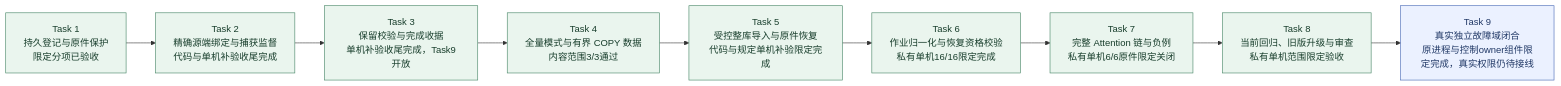
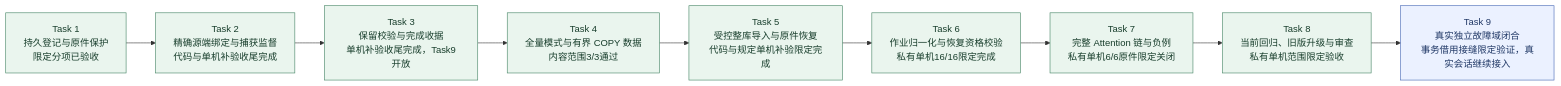
One commit to MansurnamedZhang/learning-system-p0c4 changed the second of 9 diagrams in docs/KnowWeave实施路线与系统架构.md. Above: the diagram before and after it, drawn with Mermaid. The commit also changed other lines of this file and 13 other files, not shown here.

````diff
--- a/docs/KnowWeave实施路线与系统架构.md
+++ b/docs/KnowWeave实施路线与系统架构.md
@@ -80,25 +80,25 @@
 ```mermaid
 flowchart LR
     C4T1["Task 1<br/>持久登记与原件保护<br/>限定分项已验收"]
     C4T2["Task 2<br/>精确源端绑定与捕获监督<br/>代码与单机补验收尾完成"]
     C4T3["Task 3<br/>保留校验与完成收据<br/>单机补验收尾完成，Task9开放"]
     C4T4["Task 4<br/>全量模式与有界 COPY 数据<br/>内容范围3/3通过"]
     C4T5["Task 5<br/>受控整库导入与原件恢复<br/>代码与规定单机补验限定完成"]
     C4T6["Task 6<br/>作业归一化与恢复资格校验<br/>私有单机16/16限定完成"]
     C4T7["Task 7<br/>完整 Attention 链与负例<br/>私有单机6/6原件限定关闭"]
     C4T8["Task 8<br/>当前回归、旧版升级与审查<br/>私有单机范围限定验收"]
-    C4T9["Task 9<br/>真实独立故障域闭合<br/>原进程与控制owner组件限定完成，真实权限仍待接线"]
+    C4T9["Task 9<br/>真实独立故障域闭合<br/>事务借用接缝限定验证，真实会话继续接入"]
     C4T1 --> C4T2
     C4T2 --> C4T3
     C4T3 --> C4T4
     C4T4 --> C4T5
     C4T5 --> C4T6
     C4T6 --> C4T7
     C4T7 --> C4T8
     C4T8 --> C4T9
     class C4T1,C4T2,C4T3,C4T4,C4T5,C4T6,C4T7,C4T8 done
     class C4T9 next
     classDef done fill:#eaf5ee,stroke:#438363,color:#173d2b
     classDef next fill:#ebf1ff,stroke:#4365b4,color:#203866
     classDef planned fill:#f2f4f8,stroke:#8591a3,color:#28354b
 ```
````
